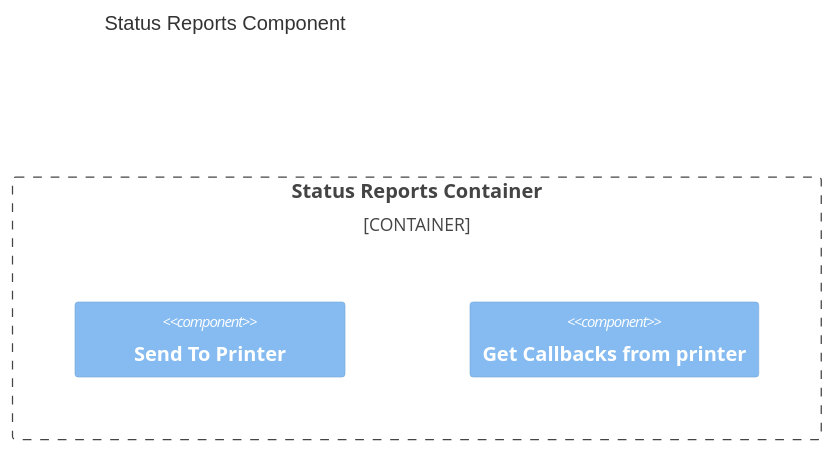
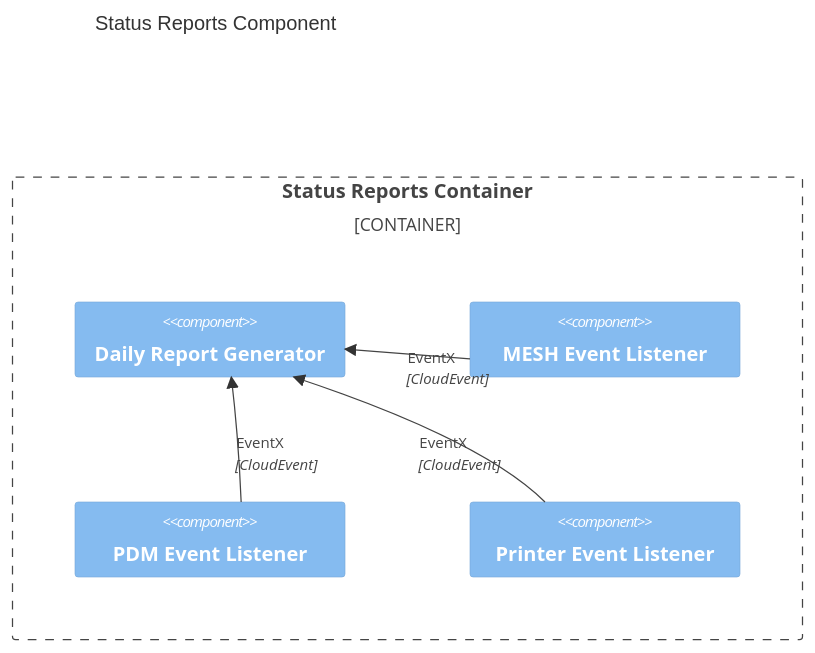
The diagram in docs/collections/_diagrams/c4component-statusreports.md (NHSDigital/nhs-notify-digital-letters), drawn with Mermaid before and after one commit. The commit also changed other lines of this file and 4 other files, not shown here.

Commit message:
Added status report generation and descriptions to diagram layout.

````diff
--- a/docs/collections/_diagrams/c4component-statusreports.md
+++ b/docs/collections/_diagrams/c4component-statusreports.md
@@ -7,11 +8,20 @@
 ```mermaid
     C4Component
     title Status Reports Component
     Container_Boundary(meshcontainer, "Status Reports Container") {
 
-         Component(timer, "Send To Printer")
-         Component(poller, "Get Callbacks from printer")
+         Component(dailygenerator, "Daily Report Generator")
+         Component(meshlistener, "MESH Event Listener")
+         Component(pdmlistener, "PDM Event Listener")
+         Component(printerlistener, "Printer Event Listener")
+
+
+         Rel(meshlistener, dailygenerator, "EventX", "CloudEvent")
+         Rel(pdmlistener, dailygenerator, "EventX", "CloudEvent")
+         Rel(printerlistener, dailygenerator, "EventX", "CloudEvent")
+
+         UpdateLayoutConfig($c4ShapeInRow="2", $c4BoundaryInRow="1")
 
 
     }
 ```
````
